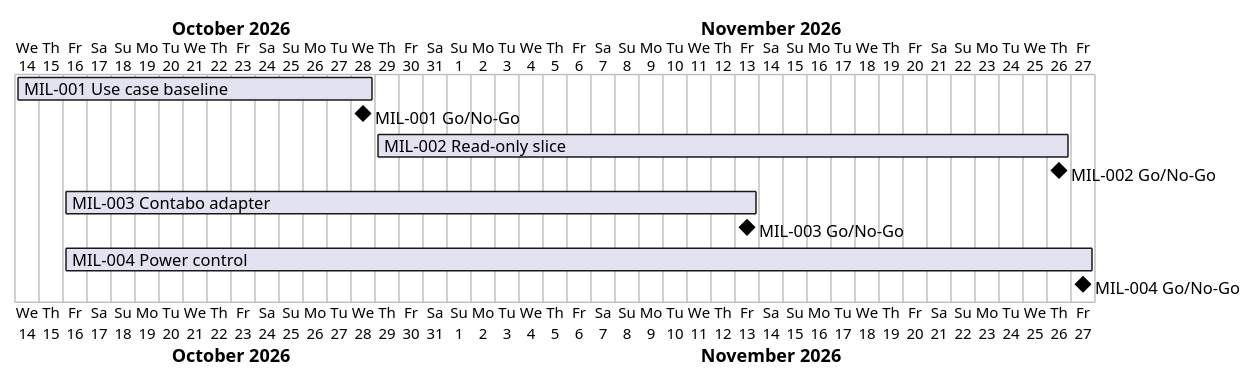
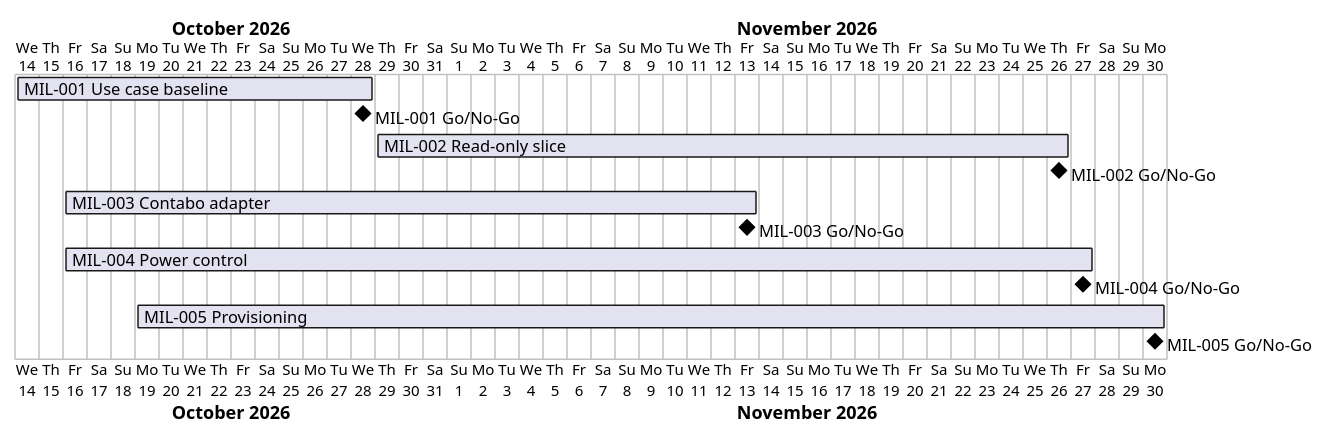
One commit to TirSystem/iac-node-forge changed the diagram in docs/project-plan.md. Above: the diagram before and after it, drawn with PlantUML. The commit also changed other lines of this file and 5 other files, not shown here.

Commit message:
Plan MIL-005: provisioning (RC-067, RC-068)

````diff
--- a/docs/project-plan.md
+++ b/docs/project-plan.md
@@ -50,13 +53,15 @@
 ```plantuml
 @startgantt
 Project starts 2026-10-14
 [MIL-001 Use case baseline] starts 2026-10-14 and ends 2026-10-28
 [MIL-001 Go/No-Go] happens 2026-10-28
 [MIL-002 Read-only slice] starts 2026-10-29 and ends 2026-11-26
 [MIL-002 Go/No-Go] happens 2026-11-26
 [MIL-003 Contabo adapter] starts 2026-10-16 and ends 2026-11-13
 [MIL-003 Go/No-Go] happens 2026-11-13
 [MIL-004 Power control] starts 2026-10-16 and ends 2026-11-27
 [MIL-004 Go/No-Go] happens 2026-11-27
+[MIL-005 Provisioning] starts 2026-10-19 and ends 2026-11-30
+[MIL-005 Go/No-Go] happens 2026-11-30
 @endgantt
 ```
````
